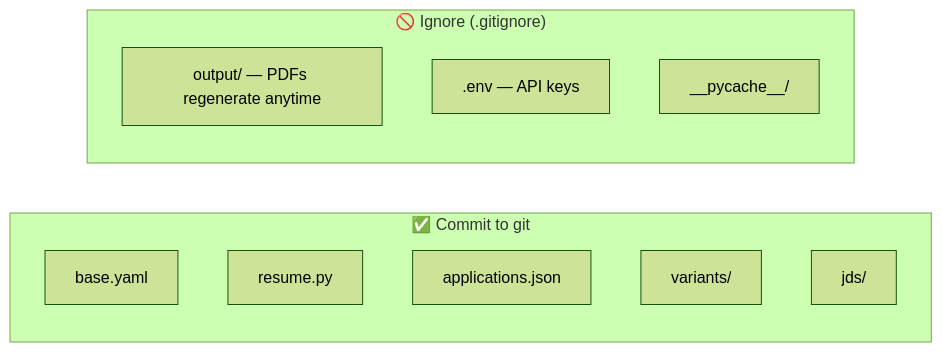
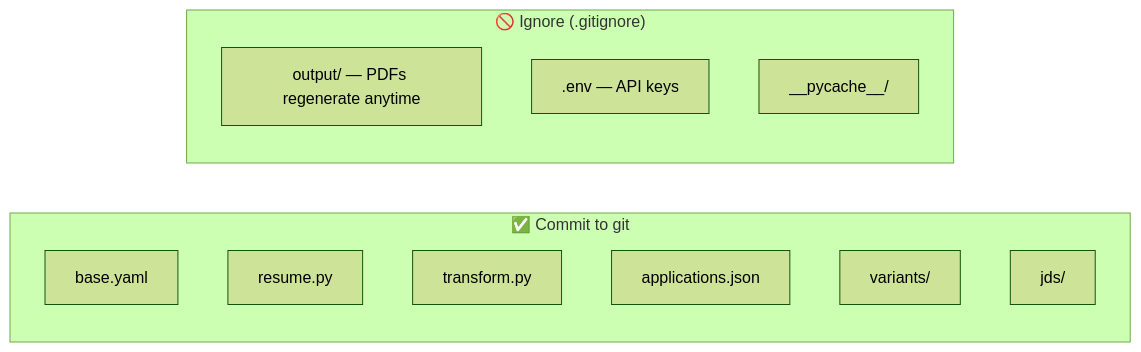
One commit to jxjwilliam/resume-generator changed the tenth of 10 diagrams in docs/overview.md. Above: the diagram before and after it, drawn with Mermaid (forest theme). The commit also changed other lines of this file and 6 other files, not shown here.

````diff
--- a/docs/overview.md
+++ b/docs/overview.md
@@ -328,16 +394,17 @@
 ```mermaid
 flowchart LR
     subgraph Commit["✅ Commit to git"]
         C1["base.yaml"]
         C2["resume.py"]
-        C3["applications.json"]
-        C4["variants/"]
-        C5["jds/"]
+        C3["transform.py"]
+        C4["applications.json"]
+        C5["variants/"]
+        C6["jds/"]
     end
 
     subgraph Ignore["🚫 Ignore (.gitignore)"]
         I1["output/ — PDFs regenerate anytime"]
         I2[".env — API keys"]
         I3["__pycache__/"]
     end
 ```
````
